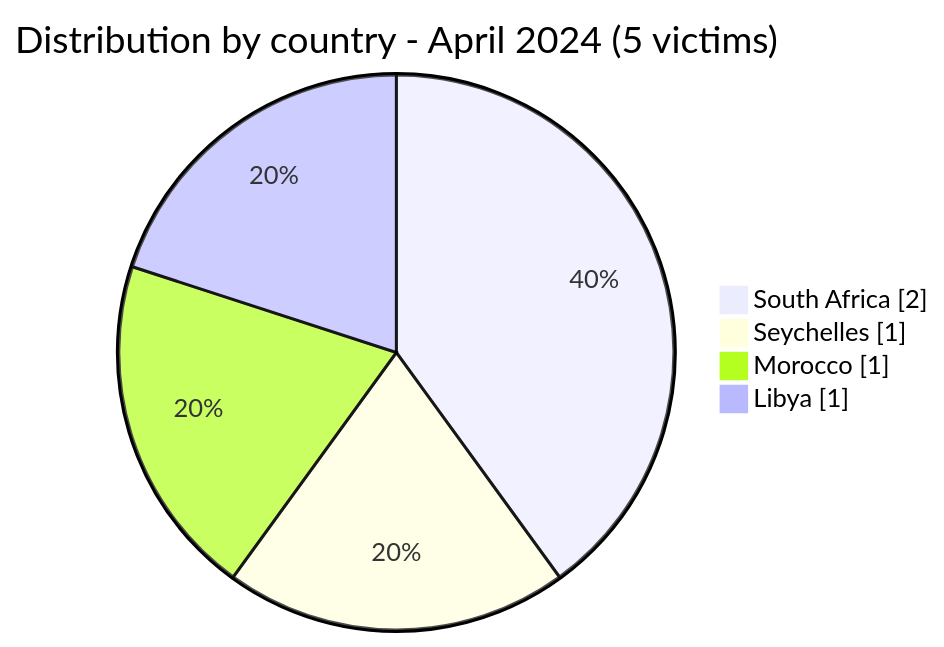
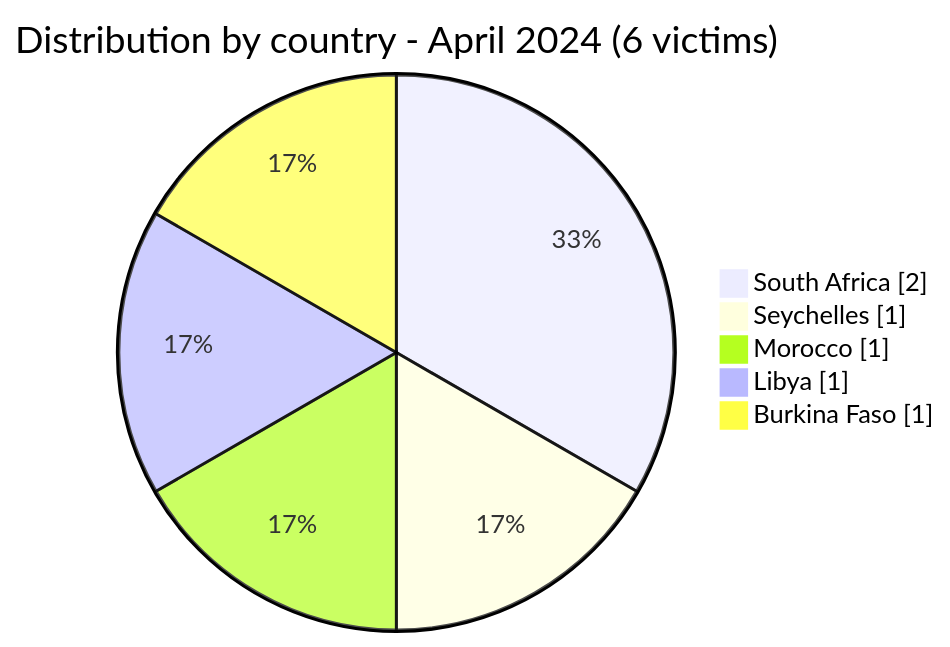
Before and after one commit to Hatchepsoute/AFRINTEL: the second of 5 diagrams in CyberAttackAfrica/2024/04-april/README.md, drawn with Mermaid. The commit also changed other lines of this file and 255 other files, not shown here.

````diff
--- a/CyberAttackAfrica/2024/04-april/README.md
+++ b/CyberAttackAfrica/2024/04-april/README.md
@@ -59,8 +63,9 @@
 ```mermaid
 pie showData
-    title Distribution by country - April 2024 (5 victims)
+    title Distribution by country - April 2024 (6 victims)
     "South Africa" : 2
     "Seychelles" : 1
     "Morocco" : 1
     "Libya" : 1
+    "Burkina Faso" : 1
 ```
````
